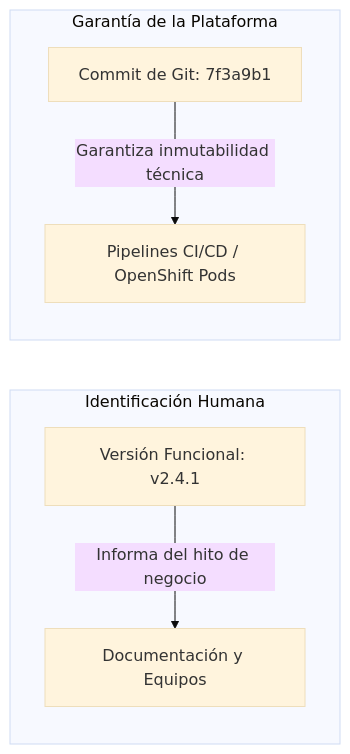
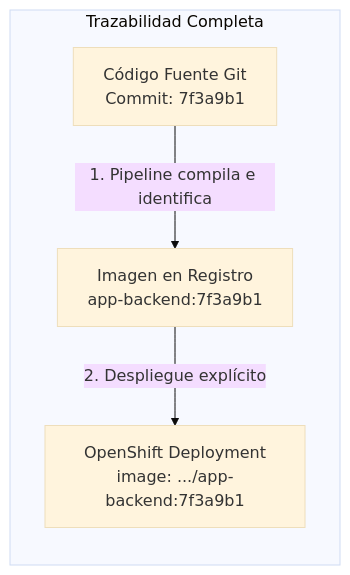
Before and after one commit to ieftraining/curso-openshift: the fourth of 6 diagrams in docs/sesion4/4.4 Registro, gestión y seguridad de imágenes.md, drawn with Mermaid (base theme). The commit also changed other lines of this file, not shown here.

````diff
--- a/docs/sesion4/4.4 Registro, gestión y seguridad de imágenes.md
+++ b/docs/sesion4/4.4 Registro, gestión y seguridad de imágenes.md
@@ -125,10 +111,7 @@
 ```mermaid
 flowchart LR
-    subgraph Identificación Humana
-        V[Versión Funcional: v2.4.1] -->|Informa del hito de negocio| H[Documentación y Equipos]
-    end
-
-    subgraph Garantía de la Plataforma
-        C[Commit de Git: 7f3a9b1] -->|Garantiza inmutabilidad técnica| P[Pipelines CI/CD / OpenShift Pods]
+    subgraph Trazabilidad Completa
+        A[Código Fuente Git<br>Commit: 7f3a9b1] -->|1. Pipeline compila e identifica| B[Imagen en Registro<br>app-backend:7f3a9b1]
+        B -->|2. Despliegue explícito| C[OpenShift Deployment<br>image: .../app-backend:7f3a9b1]
     end
 ```
````
